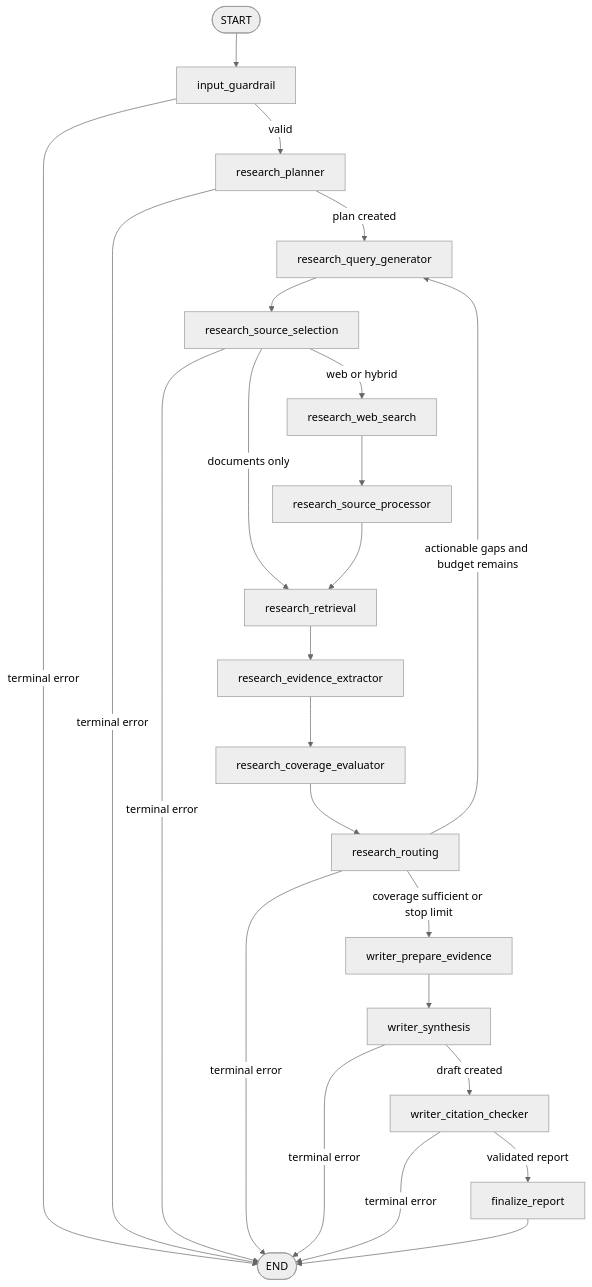
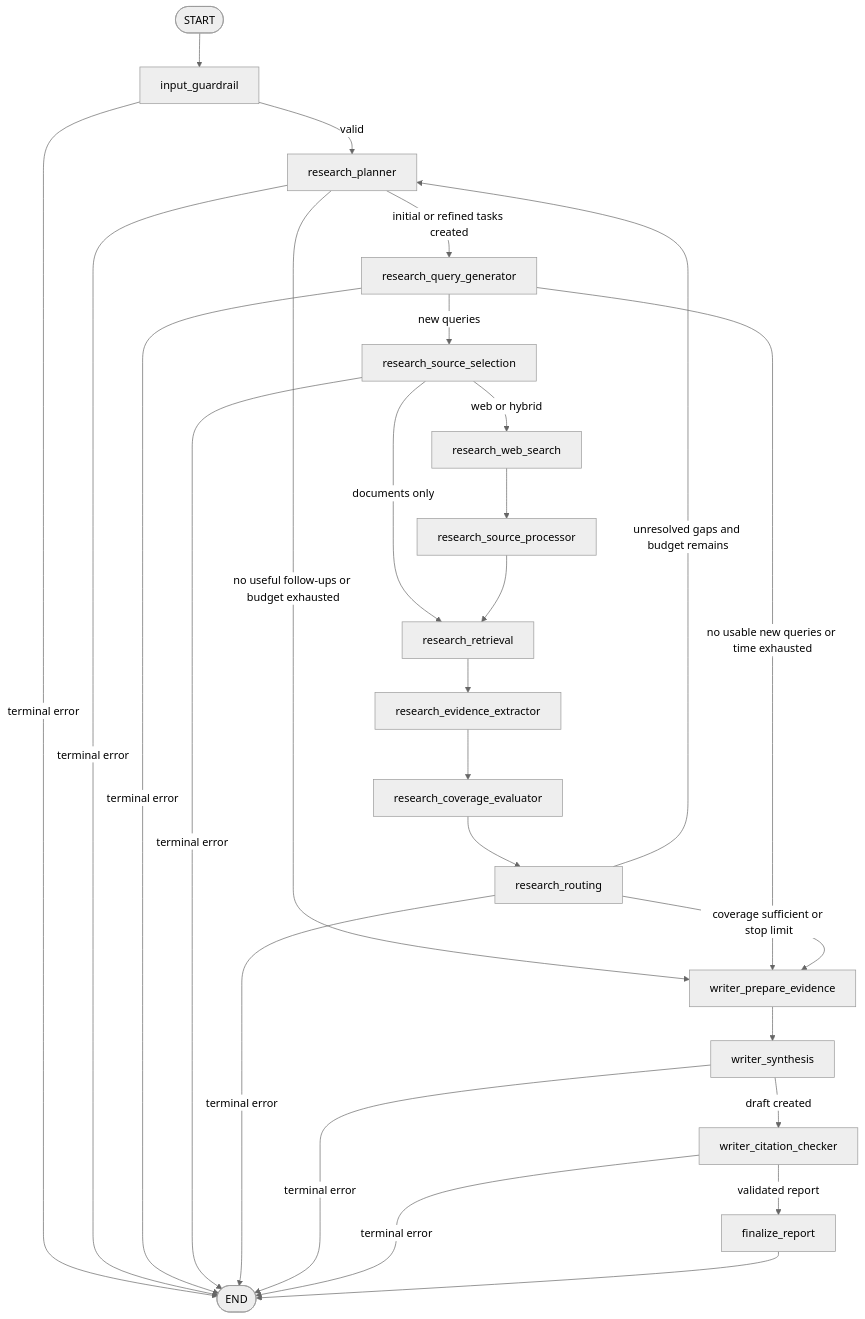
Before and after one commit to Ishwaridutt/deep-research-agent: the third of 11 diagrams in readme.md, drawn with Mermaid (neutral theme). The commit also changed other lines of this file and 63 other files, not shown here.

````diff
--- a/readme.md
+++ b/readme.md
@@ -176,30 +176,33 @@
 ```mermaid
 flowchart TD
     Start([START]) --> Guardrail[input_guardrail]
     Guardrail -->|valid| Planner[research_planner]
     Guardrail -->|terminal error| End([END])
-    Planner -->|plan created| Query[research_query_generator]
+    Planner -->|initial or refined tasks created| Query[research_query_generator]
+    Planner -->|no useful follow-ups or budget exhausted| Prepare[writer_prepare_evidence]
     Planner -->|terminal error| End
-    Query --> Select[research_source_selection]
+    Query -->|new queries| Select[research_source_selection]
+    Query -->|no usable new queries or time exhausted| Prepare
+    Query -->|terminal error| End
 
     Select -->|web or hybrid| Search[research_web_search]
     Select -->|documents only| Retrieve[research_retrieval]
     Select -->|terminal error| End
 
     Search --> Process[research_source_processor]
     Process --> Retrieve
     Retrieve --> Evidence[research_evidence_extractor]
     Evidence --> Coverage[research_coverage_evaluator]
     Coverage --> Router[research_routing]
 
-    Router -->|actionable gaps and budget remains| Query
-    Router -->|coverage sufficient or stop limit| Prepare[writer_prepare_evidence]
+    Router -->|unresolved gaps and budget remains| Planner
+    Router -->|coverage sufficient or stop limit| Prepare
     Router -->|terminal error| End
 
     Prepare --> Synthesis[writer_synthesis]
     Synthesis -->|draft created| Citations[writer_citation_checker]
     Synthesis -->|terminal error| End
     Citations -->|validated report| Finalize[finalize_report]
     Citations -->|terminal error| End
     Finalize --> End
 ```
````
